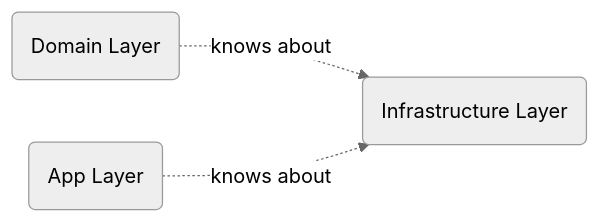
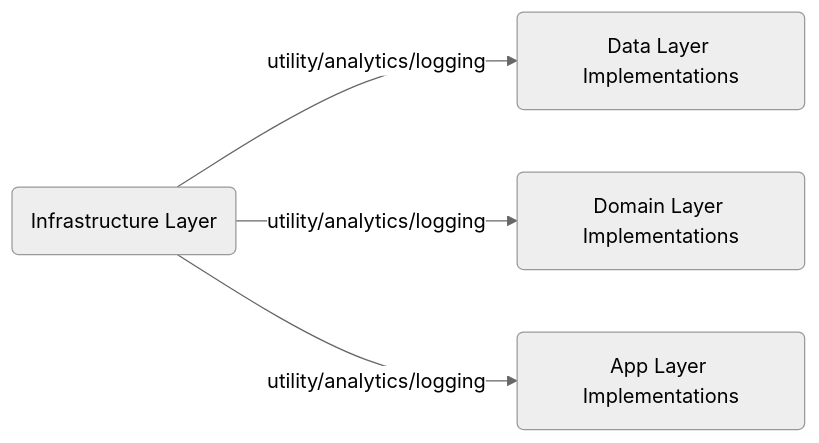
Before and after one commit to rzmn/verni: the second of 4 diagrams in README.md, drawn with Mermaid (neutral theme). The commit also changed other lines of this file, not shown here.

````diff
--- a/README.md
+++ b/README.md
@@ -23,5 +17,7 @@
 ```mermaid
 graph LR
-    DomainLayer(Domain Layer)-. knows about .-> Infrastructure(Infrastructure Layer)
-    PresentationLayer(App Layer)-. knows about .-> Infrastructure(Infrastructure Layer)
+    Infrastructure(Infrastructure Layer) -- utility/analytics/logging --> DataLayer(Data Layer Implementations)
+    Infrastructure(Infrastructure Layer) -- utility/analytics/logging --> DomainLayer(Domain Layer Implementations)
+    Infrastructure(Infrastructure Layer) -- utility/analytics/logging --> PresentationLayer(App Layer Implementations)
+
 ```
````
